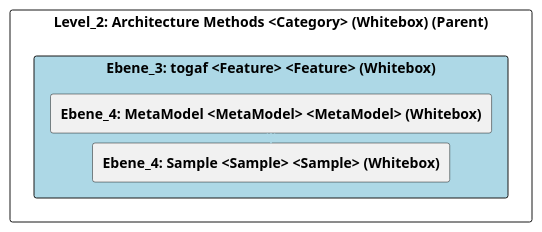
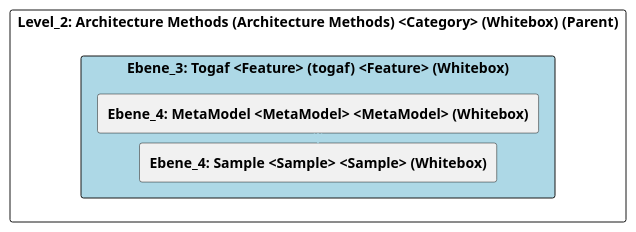
Before and after one commit to marcozwyssig/cleon: the diagram in doc/cleonproject_deliverables_architecture_model_architecture/adoc/de/05_bausteinsicht/cleon/architecture_methods/togaf/ebene_3_togaf.adoc, drawn with PlantUML. The commit also changed other lines of this file and 166 other files, not shown here.

```diff
--- a/doc/cleonproject_deliverables_architecture_model_architecture/adoc/de/05_bausteinsicht/cleon/architecture_methods/togaf/ebene_3_togaf.adoc
+++ b/doc/cleonproject_deliverables_architecture_model_architecture/adoc/de/05_bausteinsicht/cleon/architecture_methods/togaf/ebene_3_togaf.adoc
@@ -20,28 +20,28 @@
-[plantuml, Ebene_3: togaf <Feature> <Feature> (Whitebox)BlockOverview, format="svg"]
+[plantuml, Ebene_3: Togaf <Feature> (togaf) <Feature> (Whitebox)BlockOverview, format="svg"]
 ----
-@startuml Ebene_3: togaf <Feature> <Feature> (Whitebox)BuildingBlockOverview
+@startuml Ebene_3: Togaf <Feature> (togaf) <Feature> (Whitebox)BuildingBlockOverview
 
 skinparam ranksep 10
 skinparam componentStyle rectangle
 skinparam shadowing false
 skinparam arrowColor lightblue
 skinparam arrowThickness 1.2
 skinparam rectangle {
   BackgroundColor White
   BorderColor #333
   RoundCorner 10
 }
 top to bottom direction
 
-component "Level_2: Architecture Methods <Category> (Whitebox) (Parent)" {
-    component "Ebene_3: togaf <Feature> <Feature> (Whitebox)" #lightblue {
+component "Level_2: Architecture Methods (Architecture Methods) <Category> (Whitebox) (Parent)" {
+    component "Ebene_3: Togaf <Feature> (togaf) <Feature> (Whitebox)" #lightblue {
         [**Ebene_4: MetaModel <MetaModel> <MetaModel> (Whitebox)**] as 4A56DE40_D579_11EE_903E_9F564E4DE07E
         [**Ebene_4: Sample <Sample> <Sample> (Whitebox)**] as 4A57056B_D579_11EE_903E_9F564E4DE07E
     }
 
     4A56DE40_D579_11EE_903E_9F564E4DE07E -down-> 4A57056B_D579_11EE_903E_9F564E4DE07E
     
 }
 
 @enduml
 ----
```
